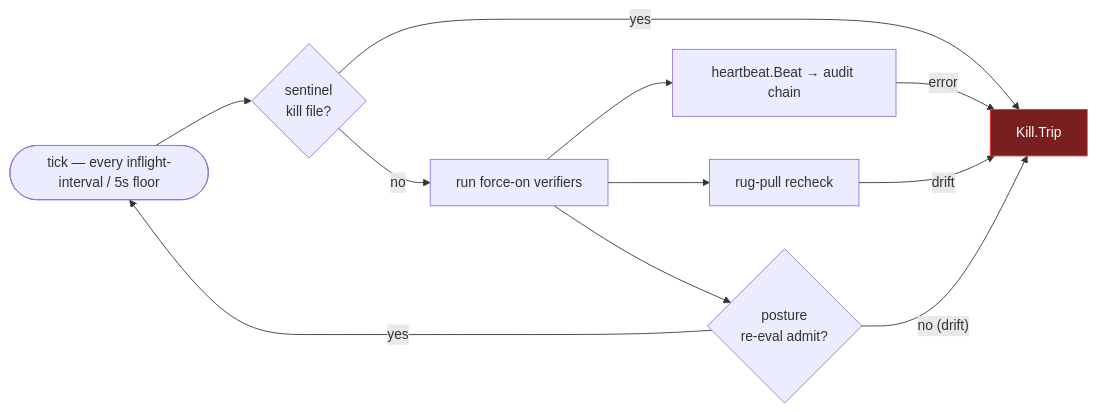
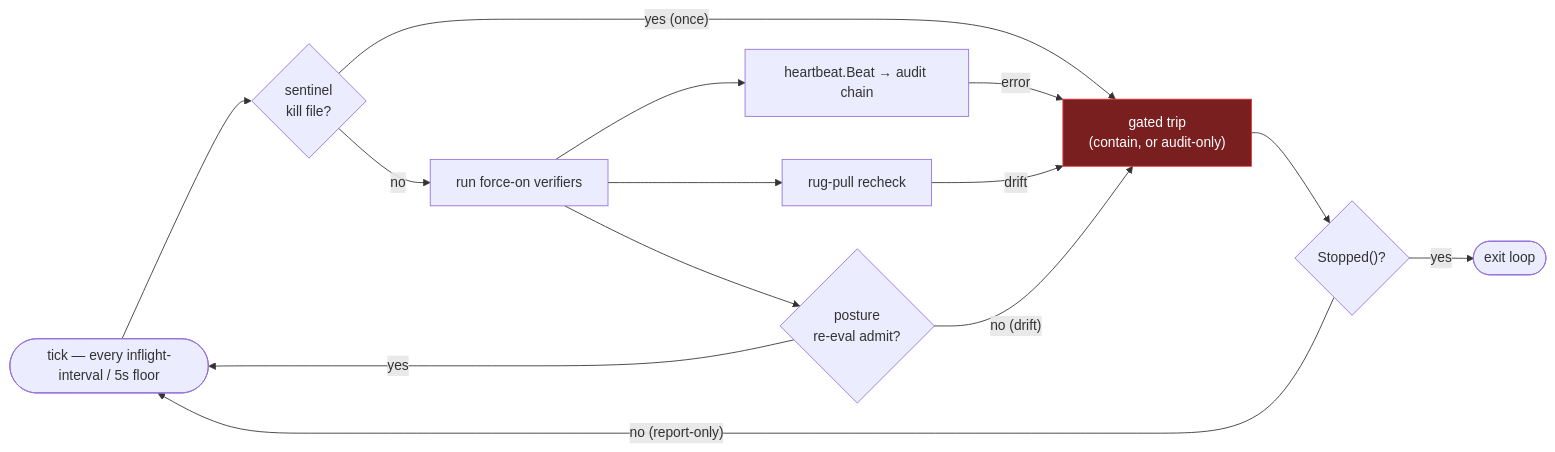
One commit to deploymenttheory/windows-mcp-server changed the third of 9 diagrams in docs/security-architecture.md. Above: the diagram before and after it, drawn with Mermaid. The commit also changed other lines of this file and 19 other files, not shown here.

````diff
--- a/docs/security-architecture.md
+++ b/docs/security-architecture.md
@@ -138,16 +143,19 @@
 ```mermaid
 flowchart LR
     T(["tick — every inflight-interval / 5s floor"]) --> S{"sentinel<br/>kill file?"}
-    S -- yes --> K["Kill.Trip"]
+    S -- "yes (once)" --> K["gated trip<br/>(contain, or audit-only)"]
     S -- no --> V["run force-on verifiers"]
     V --> HB["heartbeat.Beat → audit chain"]
     V --> RP["rug-pull recheck"]
     V --> P{"posture<br/>re-eval admit?"}
     HB -->|error| K
     RP -->|drift| K
     P -- "no (drift)" --> K
     P -- yes --> T
+    K --> Q{"Stopped()?"}
+    Q -- "no (report-only)" --> T
+    Q -- yes --> X(["exit loop"])
 
     classDef kill fill:#7a1f1f,stroke:#e33,color:#fff;
     class K kill;
 ```
````
